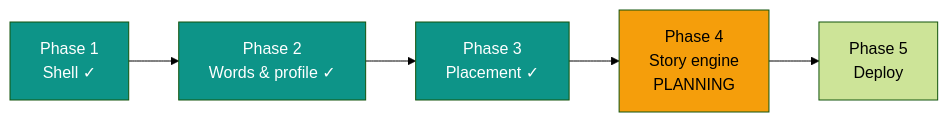
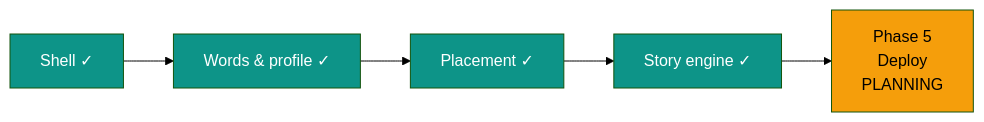
Before and after one commit to dkreinov/magic-clinic-english: the diagram in .oplan/first-build/STATUS.md, drawn with Mermaid (forest theme). The commit also changed other lines of this file, not shown here.

Commit message:
oplan: STATUS at phase 4 close

````diff
--- a/.oplan/first-build/STATUS.md
+++ b/.oplan/first-build/STATUS.md
@@ -14,11 +14,9 @@
 ```mermaid
 flowchart LR
-    P1[Phase 1<br/>Shell ✓] --> P2[Phase 2<br/>Words & profile ✓]
-    P2 --> P3[Phase 3<br/>Placement ✓]
-    P3 --> P4[Phase 4<br/>Story engine<br/>PLANNING]
-    P4 --> P5[Phase 5<br/>Deploy]
+    P1[Shell ✓] --> P2[Words & profile ✓] --> P3[Placement ✓] --> P4[Story engine ✓] --> P5[Phase 5<br/>Deploy<br/>PLANNING]
     style P1 fill:#0d9488,color:#fff
     style P2 fill:#0d9488,color:#fff
     style P3 fill:#0d9488,color:#fff
-    style P4 fill:#f59e0b,color:#000
+    style P4 fill:#0d9488,color:#fff
+    style P5 fill:#f59e0b,color:#000
 ```
````
